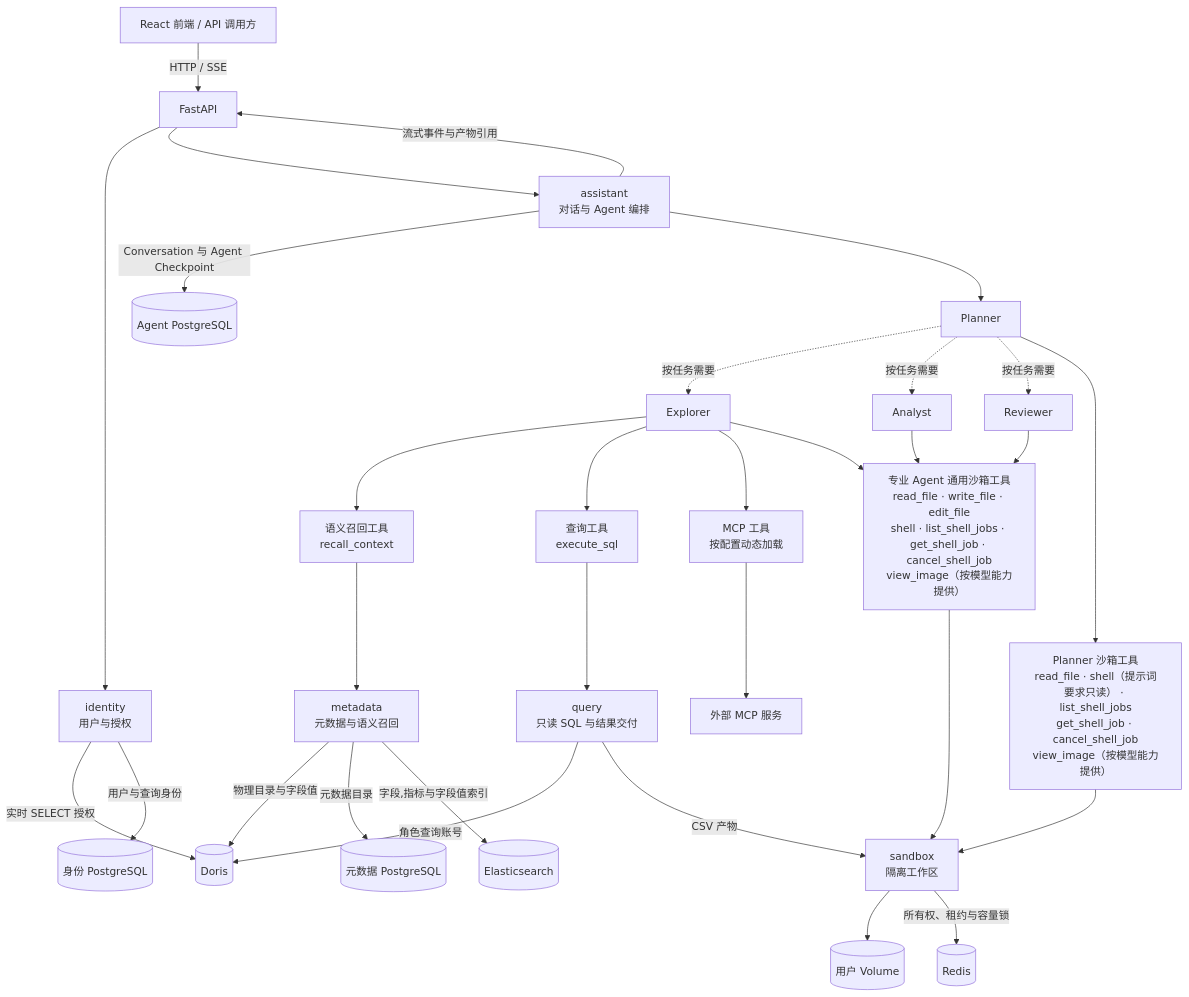
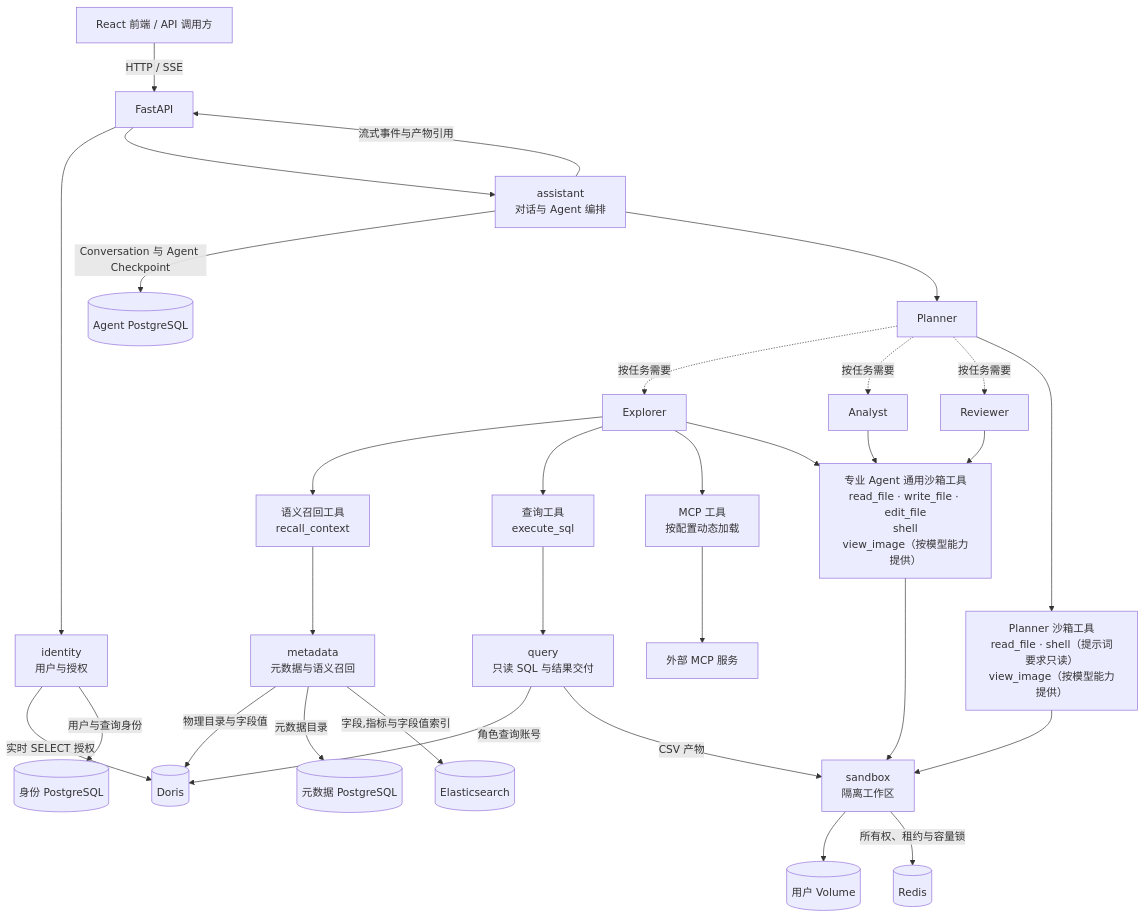
One commit to 2739673455/dataagent changed the first of 4 diagrams in docs/00_架构与协作总览.md. Above: the diagram before and after it, drawn with Mermaid. The commit also changed other lines of this file and 39 other files, not shown here.

````diff
--- a/docs/00_架构与协作总览.md
+++ b/docs/00_架构与协作总览.md
@@ -7,35 +7,35 @@
 ```mermaid
 flowchart TD
     U[React 前端 / API 调用方] -->|HTTP / SSE| API[FastAPI]
     API --> I[identity<br/>用户与授权]
     API --> A[assistant<br/>对话与 Agent 编排]
     A -->|Conversation 与 Agent Checkpoint| AGENT_PG[(Agent PostgreSQL)]
     A -->|流式事件与产物引用| API
     A --> P[Planner]
     P -. 按任务需要 .-> E[Explorer]
     P -. 按任务需要 .-> N[Analyst]
     P -. 按任务需要 .-> R[Reviewer]
 
     E --> RECALL["语义召回工具<br/>recall_context"]
     E --> SQL["查询工具<br/>execute_sql"]
     E --> MCP["MCP 工具<br/>按配置动态加载"]
-    E --> FILES["专业 Agent 通用沙箱工具<br/>read_file · write_file · edit_file<br/>shell · list_shell_jobs · get_shell_job · cancel_shell_job<br/>view_image（按模型能力提供）"]
+    E --> FILES["专业 Agent 通用沙箱工具<br/>read_file · write_file · edit_file<br/>shell<br/>view_image（按模型能力提供）"]
     N --> FILES
     R --> FILES
-    P --> PFILES["Planner 沙箱工具<br/>read_file · shell（提示词要求只读） · list_shell_jobs<br/>get_shell_job · cancel_shell_job<br/>view_image（按模型能力提供）"]
+    P --> PFILES["Planner 沙箱工具<br/>read_file · shell（提示词要求只读）<br/>view_image（按模型能力提供）"]
 
     RECALL --> M[metadata<br/>元数据与语义召回]
     SQL --> Q[query<br/>只读 SQL 与结果交付]
     MCP --> X[外部 MCP 服务]
     FILES --> S[sandbox<br/>隔离工作区]
     PFILES --> S
     Q -->|角色查询账号| D[(Doris)]
     I -->|实时 SELECT 授权| D
     M -->|物理目录与字段值| D
     Q -->|CSV 产物| S
     S --> VOL[(用户 Volume)]
     S -->|所有权、租约与容量锁| REDIS[(Redis)]
     I -->|用户与查询身份| AUTH_PG[(身份 PostgreSQL)]
     M -->|元数据目录| META_PG[(元数据 PostgreSQL)]
     M -->|字段,指标与字段值索引| ES[(Elasticsearch)]
 ```
````
